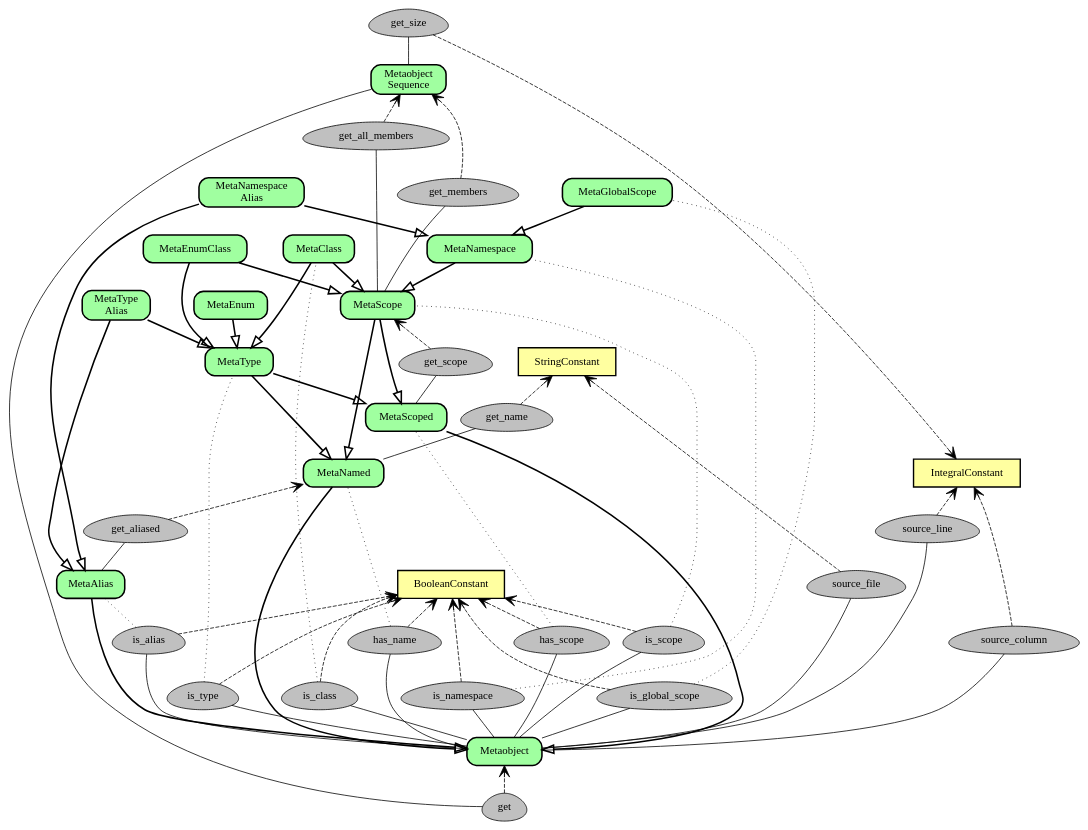
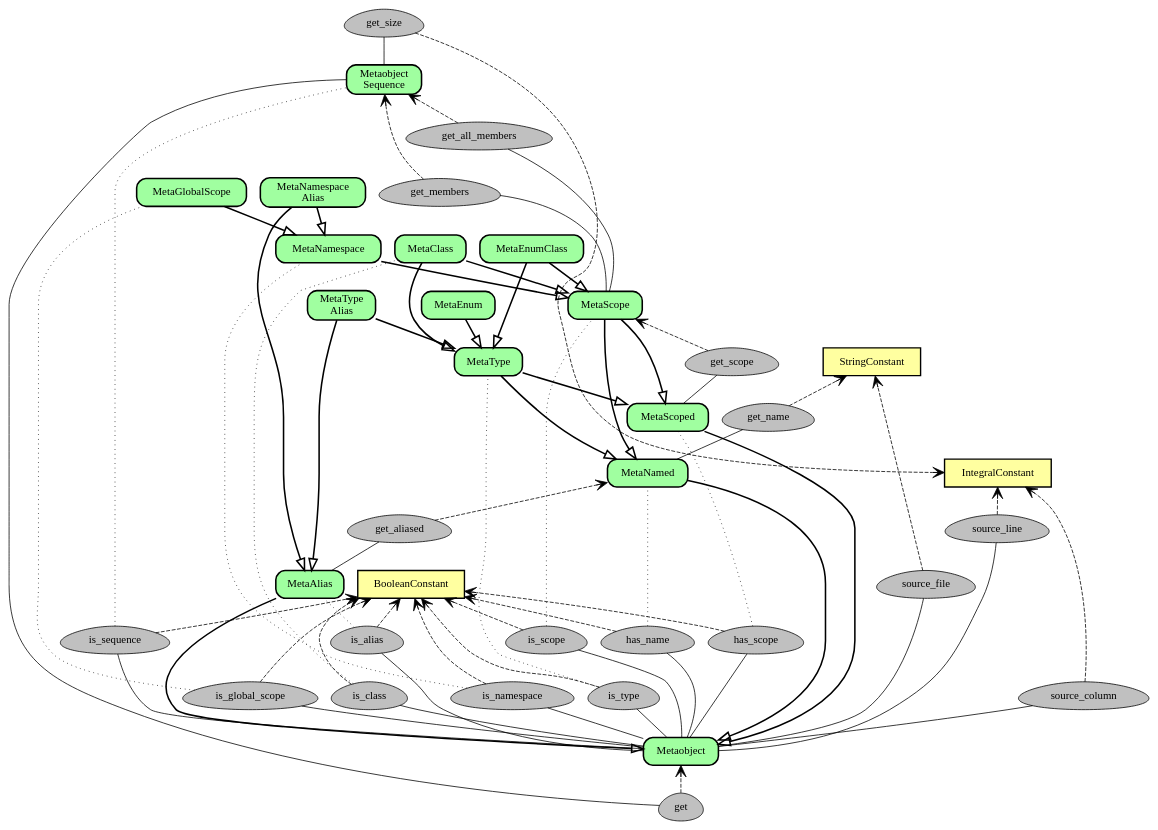
Before and after one commit to matus-chochlik/std_cpp_refl: the diagram in doc/graphviz/reference.dot, drawn with Graphviz.

Commit message:
Updated the graphviz diagram

```diff
--- a/doc/graphviz/reference.dot
+++ b/doc/graphviz/reference.dot
@@ -1,154 +1,159 @@
 digraph metaobjects {
 	overlap=false
 	rankdir=BT
 	ranksep=0.5
 	maxiter=100000
 
 	subgraph {
 		node [penwidth=1.8,style="filled",shape="box",fillcolor="#ffffa0"]
 		StringConstant
 		IntegralConstant
 		BooleanConstant
 	}
 
 	node [penwidth=2,style="rounded,filled",shape="box",fillcolor="#a0ffa0"]
 	Metaobject 
 	MetaNamed
 	MetaScoped
 	MetaScope
 	MetaAlias
 	MetaNamespace
 	MetaNamespaceAlias [label="MetaNamespace\nAlias"]
 	MetaGlobalScope
 	MetaType
 	MetaTypeAlias [label="MetaType\nAlias"]
 	MetaClass
 	MetaEnum
 	MetaEnumClass
 
 	MetaobjectSequence [label="Metaobject\nSequence"]
 
 	node [penwidth=1,style="filled",shape="egg",fillcolor="#c0c0c0"]
+
+	is_sequence
 
 	subgraph {
 		rank=same
 		is_namespace
 		is_global_scope
 		is_type
 		is_class
 	}
 	subgraph {
 		rank=same
 		has_name
 		has_scope
 		is_scope
 		is_alias
 	}
 	subgraph {
 		source_file
 		source_line
 		source_column
 		source_file -> source_line [style="invisible",dir="none"]
 	}
 
 	is_namespace -> has_name [style="invisible",dir="none"]
 	has_name -> source_file [style="invisible",dir="none"]
 
 	get_name
 	get_scope
 	get_aliased
 	get_members
 	get_all_members
 	get_size
 	get
 
 	edge [penwidth=2,dir="both",arrowsize=1.5,arrowtail="onormal",arrowhead="none"]
 
 	Metaobject -> MetaNamed
 	Metaobject -> MetaScoped
 	Metaobject -> MetaAlias
 
 	MetaNamed -> MetaScope
 	MetaScoped -> MetaScope
 
 	MetaScope -> MetaNamespace
 	MetaNamespace -> MetaNamespaceAlias
 	MetaAlias -> MetaNamespaceAlias
 	MetaNamespace -> MetaGlobalScope
 
 	MetaNamed -> MetaType
 	MetaScoped -> MetaType
 	MetaType -> MetaTypeAlias
 	MetaAlias -> MetaTypeAlias
 
 	MetaType -> MetaScope [style="invisible",dir="none"]
 	MetaNamed -> MetaScoped [style="invisible",dir="none"]
 
 	MetaType -> MetaClass
 	MetaScope -> MetaClass
 
 	MetaType -> MetaEnum
 
 	MetaType -> MetaEnumClass
 	MetaScope -> MetaEnumClass
 
 	edge [penwidth=1,arrowhead="none",arrowtail="none",style="solid"]
+	Metaobject -> is_sequence
 	Metaobject -> is_namespace
 	Metaobject -> is_global_scope
 	Metaobject -> is_type
 	Metaobject -> is_class
 	Metaobject -> has_name
 	Metaobject -> has_scope
 	Metaobject -> is_scope
 	Metaobject -> is_alias
 
 	Metaobject -> source_file
 	Metaobject -> source_line
 	Metaobject -> source_column
 
 	MetaobjectSequence -> get [constraint=false]
 	MetaobjectSequence -> get_size
 	MetaNamed -> get_name
 	MetaScoped -> get_scope
 	MetaScope -> get_members
 	MetaScope -> get_all_members
 	MetaAlias -> get_aliased
 
 	MetaClass -> get_members [style="invisible",dir="none"]
 	MetaNamespace -> get_members [style="invisible",dir="none"]
 	get_members -> get_all_members [style="invisible",dir="none"]
 	get_name -> get_scope [style="invisible",dir="none"]
 
 	edge [penwidth=1,arrowhead="vee",style="dashed"]
+	is_sequence -> BooleanConstant
 	is_namespace -> BooleanConstant
 	is_global_scope -> BooleanConstant
 	is_type -> BooleanConstant
 	is_class -> BooleanConstant
 	has_name -> BooleanConstant
 	has_scope -> BooleanConstant
 	is_scope -> BooleanConstant
 	is_alias -> BooleanConstant
 
 	source_file -> StringConstant
 	source_line -> IntegralConstant
 	source_column -> IntegralConstant
 
 	get -> Metaobject
 	get_size -> IntegralConstant [constraint=false]
 	get_name -> StringConstant
 	get_scope -> MetaScope
 	get_members -> MetaobjectSequence
 	get_all_members -> MetaobjectSequence
 	get_aliased -> MetaNamed
 
 	edge [penwidth=1,arrowhead="none",style="dotted"]
+	is_sequence -> MetaobjectSequence
 	is_namespace -> MetaNamespace
 	is_global_scope -> MetaGlobalScope
 	is_type -> MetaType
 	is_class -> MetaClass
 	has_name -> MetaNamed
 	has_scope -> MetaScoped
 	is_scope -> MetaScope
 	is_alias -> MetaAlias
 
 }
```
